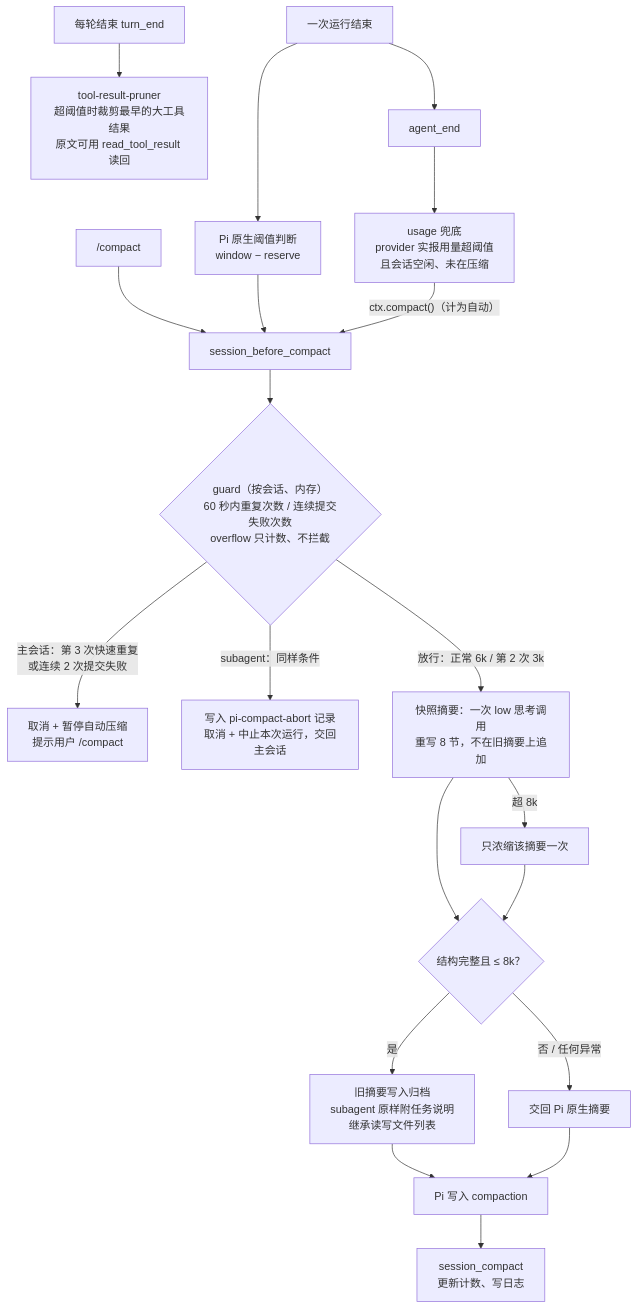
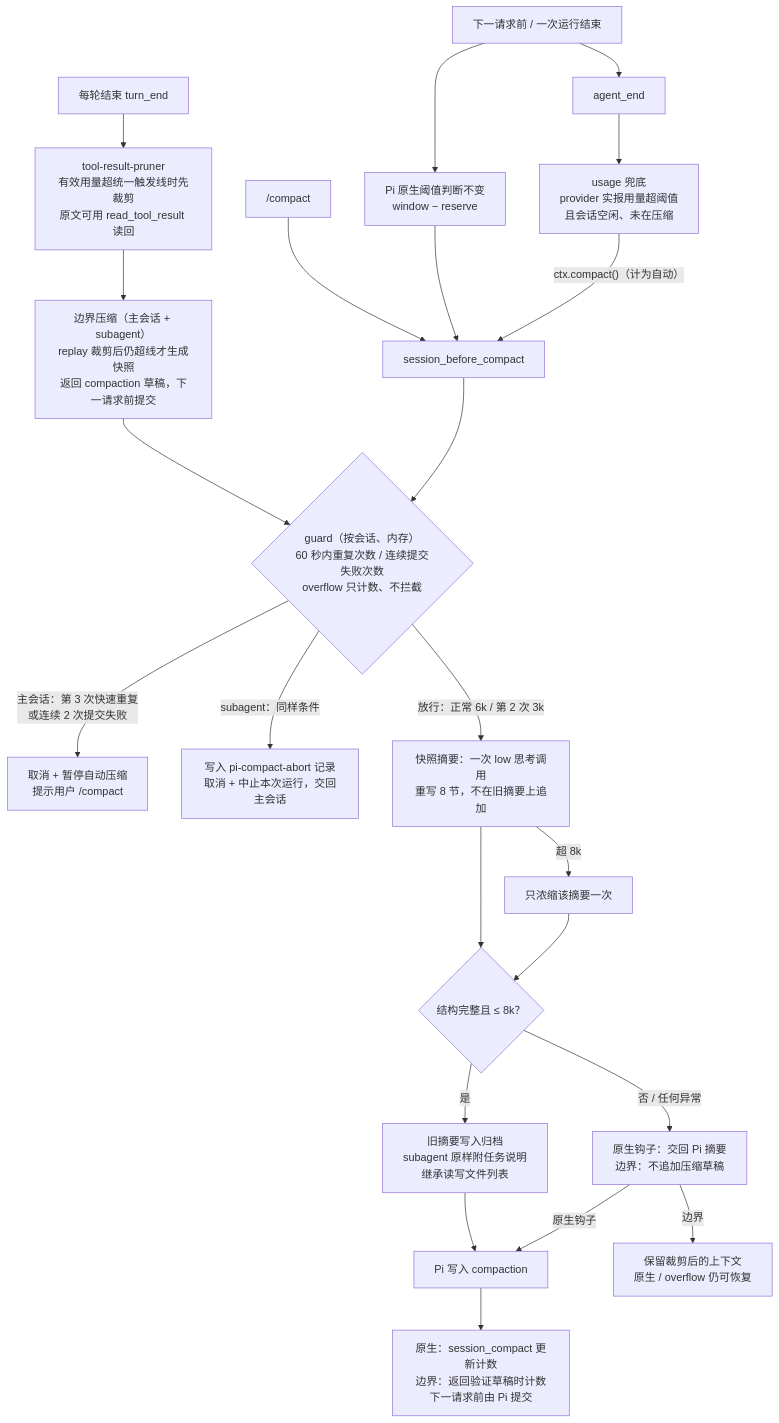
Before and after one commit to Cheng-Zi-Qing/newCompact-pi: the diagram in README.md, drawn with Mermaid. The commit also changed other lines of this file and 9 other files, not shown here.

Commit message:
feat: compact at 80% of the window, including between turns

````diff
--- a/README.md
+++ b/README.md
@@ -9,21 +9,24 @@
 ```mermaid
 flowchart TD
-    Turn["每轮结束 turn_end"] --> Pruner["tool-result-pruner<br/>超阈值时裁剪最早的大工具结果<br/>原文可用 read_tool_result 读回"]
-    Run["一次运行结束"] --> Native["Pi 原生阈值判断<br/>window − reserve"]
+    Turn["每轮结束 turn_end"] --> Pruner["tool-result-pruner<br/>有效用量超统一触发线时先裁剪<br/>原文可用 read_tool_result 读回"]
+    Pruner --> Boundary["边界压缩（主会话 + subagent）<br/>replay 裁剪后仍超线才生成快照<br/>返回 compaction 草稿，下一请求前提交"]
+    Boundary --> Guard
+    Run["下一请求前 / 一次运行结束"] --> Native["Pi 原生阈值判断不变<br/>window − reserve"]
     Run --> End["agent_end"] --> Usage["usage 兜底<br/>provider 实报用量超阈值<br/>且会话空闲、未在压缩"]
     Manual["/compact"] --> Before
     Native --> Before["session_before_compact"]
     Usage -->|"ctx.compact()（计为自动）"| Before
     Before --> Guard{"guard（按会话、内存）<br/>60 秒内重复次数 / 连续提交失败次数<br/>overflow 只计数、不拦截"}
     Guard -->|"主会话：第 3 次快速重复<br/>或连续 2 次提交失败"| Pause["取消 + 暂停自动压缩<br/>提示用户 /compact"]
     Guard -->|"subagent：同样条件"| Abort["写入 pi-compact-abort 记录<br/>取消 + 中止本次运行，交回主会话"]
     Guard -->|"放行：正常 6k / 第 2 次 3k"| Sum["快照摘要：一次 low 思考调用<br/>重写 8 节，不在旧摘要上追加"]
     Sum -->|"超 8k"| Condense["只浓缩该摘要一次"]
     Sum --> Check{"结构完整且 ≤ 8k？"}
     Condense --> Check
     Check -->|是| Archive["旧摘要写入归档<br/>subagent 原样附任务说明<br/>继承读写文件列表"]
-    Check -->|否 / 任何异常| Fallback["交回 Pi 原生摘要"]
+    Check -->|否 / 任何异常| Fallback["原生钩子：交回 Pi 摘要<br/>边界：不追加压缩草稿"]
     Archive --> Commit["Pi 写入 compaction"]
-    Fallback --> Commit
-    Commit --> Done["session_compact<br/>更新计数、写日志"]
+    Fallback -->|原生钩子| Commit
+    Fallback -->|边界| Later["保留裁剪后的上下文<br/>原生 / overflow 仍可恢复"]
+    Commit --> Done["原生：session_compact 更新计数<br/>边界：返回验证草稿时计数<br/>下一请求前由 Pi 提交"]
 ```
````
